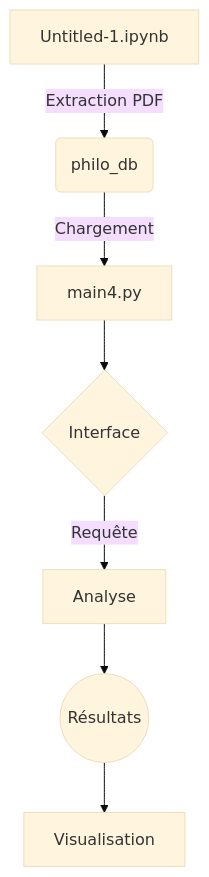
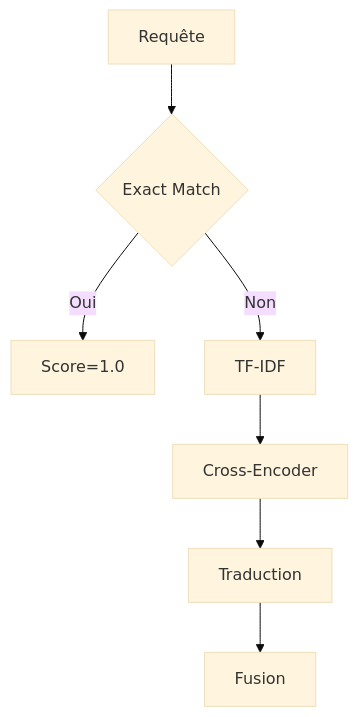
The first of 3 diagrams in source/index.rst (Oussama-fahim/plagiarism_checker), drawn with Mermaid (base theme) before and after one commit. The commit also changed other lines of this file, not shown here.

```diff
--- a/source/index.rst
+++ b/source/index.rst
@@ -354,9 +208,9 @@
 .. mermaid::
 
    flowchart TD
-       A[Untitled-1.ipynb] -->|Extraction PDF| B(philo_db)
-       B -->|Chargement| C[main4.py]
-       C --> D{Interface}
-       D -->|Requête| E[Analyse]
-       E --> F((Résultats))
-       F --> G[Visualisation]
+       A[Requête] --> B{Exact Match}
+       B -->|Oui| C[Score=1.0]
+       B -->|Non| D[TF-IDF]
+       D --> E[Cross-Encoder]
+       E --> F[Traduction]
+       F --> G[Fusion]
```
